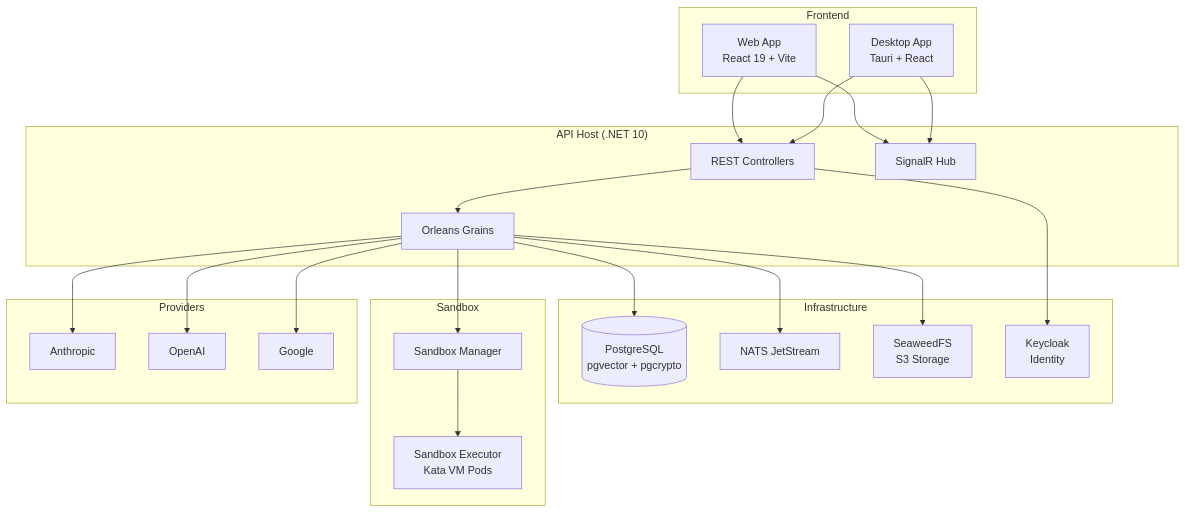
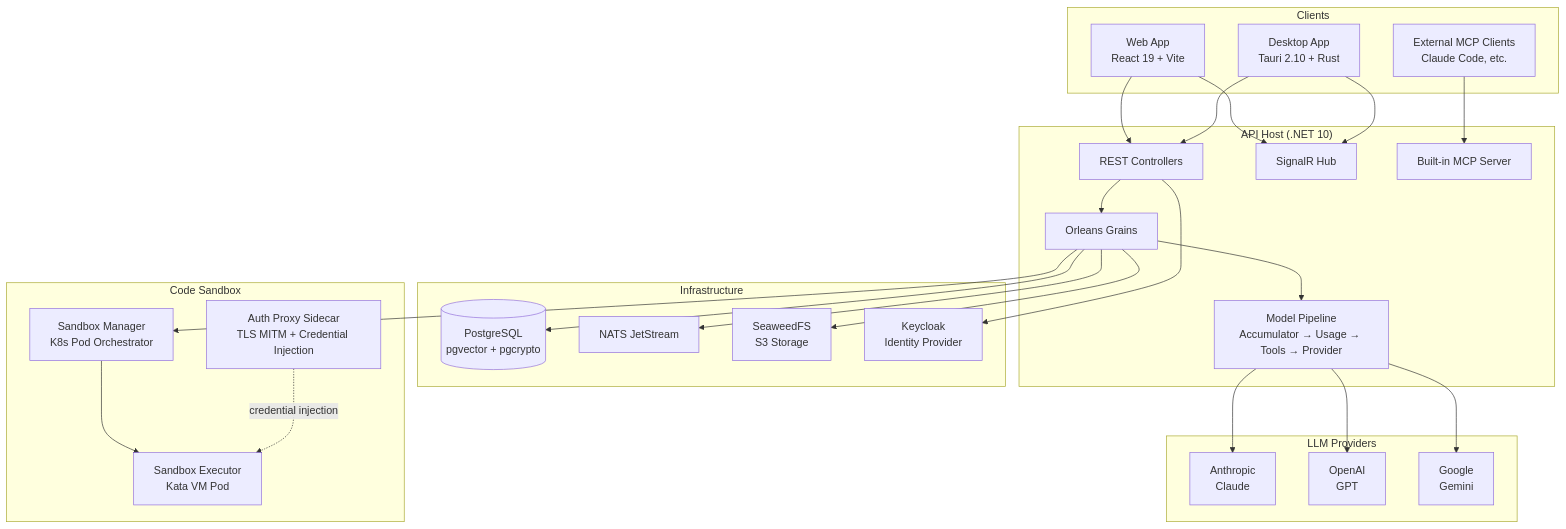
The first of 2 diagrams in README.md (andyjmorgan/DonkeyWork-Agents), drawn with Mermaid before and after one commit. The commit also changed other lines of this file and 4 other files, not shown here.

````diff
--- a/README.md
+++ b/README.md
@@ -20,38 +48,45 @@
 ```mermaid
 graph TB
-    subgraph Frontend
+    subgraph Clients
         Web[Web App<br/>React 19 + Vite]
-        Desktop[Desktop App<br/>Tauri + React]
+        Desktop[Desktop App<br/>Tauri 2.10 + Rust]
+        MCP[External MCP Clients<br/>Claude Code, etc.]
     end
 
     subgraph API["API Host (.NET 10)"]
         Controllers[REST Controllers]
         SignalR[SignalR Hub]
+        McpServer[Built-in MCP Server]
         Orleans[Orleans Grains]
+        Middleware[Model Pipeline<br/>Accumulator → Usage → Tools → Provider]
     end
 
     subgraph Infrastructure
         Postgres[(PostgreSQL<br/>pgvector + pgcrypto)]
         NATS[NATS JetStream]
         SeaweedFS[SeaweedFS<br/>S3 Storage]
-        Keycloak[Keycloak<br/>Identity]
+        Keycloak[Keycloak<br/>Identity Provider]
     end
 
-    subgraph Sandbox
-        Manager[Sandbox Manager]
-        Executor[Sandbox Executor<br/>Kata VM Pods]
+    subgraph Sandbox["Code Sandbox"]
+        Manager[Sandbox Manager<br/>K8s Pod Orchestrator]
+        Executor[Sandbox Executor<br/>Kata VM Pod]
+        AuthProxy[Auth Proxy Sidecar<br/>TLS MITM + Credential Injection]
     end
 
-    subgraph Providers
-        Anthropic[Anthropic]
-        OpenAI[OpenAI]
-        Google[Google]
+    subgraph Providers["LLM Providers"]
+        Anthropic[Anthropic<br/>Claude]
+        OpenAI[OpenAI<br/>GPT]
+        Google[Google<br/>Gemini]
     end
 
     Web & Desktop --> Controllers & SignalR
+    MCP --> McpServer
     Controllers --> Orleans
+    Orleans --> Middleware --> Anthropic & OpenAI & Google
     Orleans --> Postgres & NATS & SeaweedFS
-    Orleans --> Anthropic & OpenAI & Google
-    Orleans --> Manager --> Executor
+    Orleans --> Manager
+    Manager --> Executor
+    AuthProxy -. credential injection .-> Executor
     Controllers --> Keycloak
 ```
````
